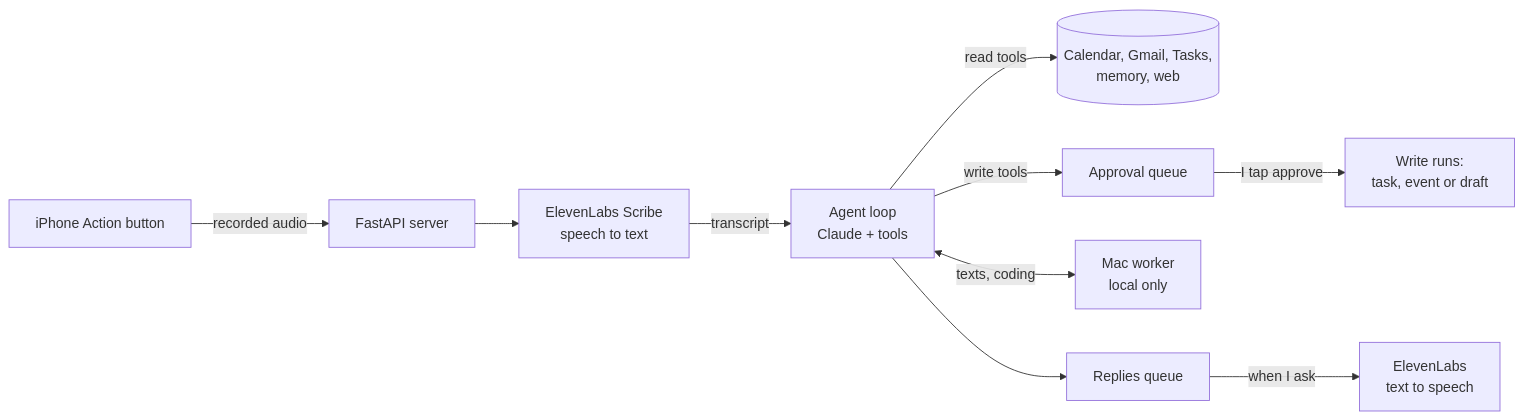
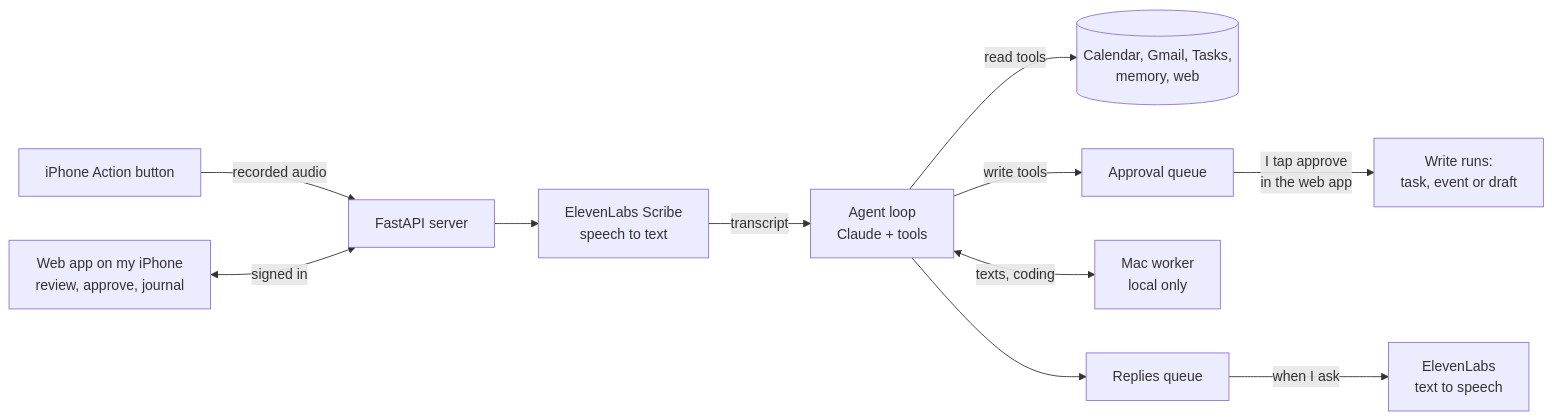
The diagram in README.md (RW290/Personal-Assistant), drawn with Mermaid before and after one commit. The commit also changed other lines of this file and 1 other file, not shown here.

First line of the commit message:
Add a web app (PWA) as the central place to review and act

````diff
--- a/README.md
+++ b/README.md
@@ -34,12 +34,13 @@
 ```mermaid
 flowchart LR
     A[iPhone Action button] -->|recorded audio| B[FastAPI server]
+    W[Web app on my iPhone<br/>review, approve, journal] <-->|signed in| B
     B --> C[ElevenLabs Scribe<br/>speech to text]
     C -->|transcript| D[Agent loop<br/>Claude + tools]
     D -->|read tools| E[(Calendar, Gmail, Tasks,<br/>memory, web)]
     D -->|write tools| F[Approval queue]
-    F -->|I tap approve| G[Write runs:<br/>task, event or draft]
+    F -->|I tap approve<br/>in the web app| G[Write runs:<br/>task, event or draft]
     D <-->|texts, coding| M[Mac worker<br/>local only]
     D --> H[Replies queue]
     H -->|when I ask| I[ElevenLabs<br/>text to speech]
 ```
````
